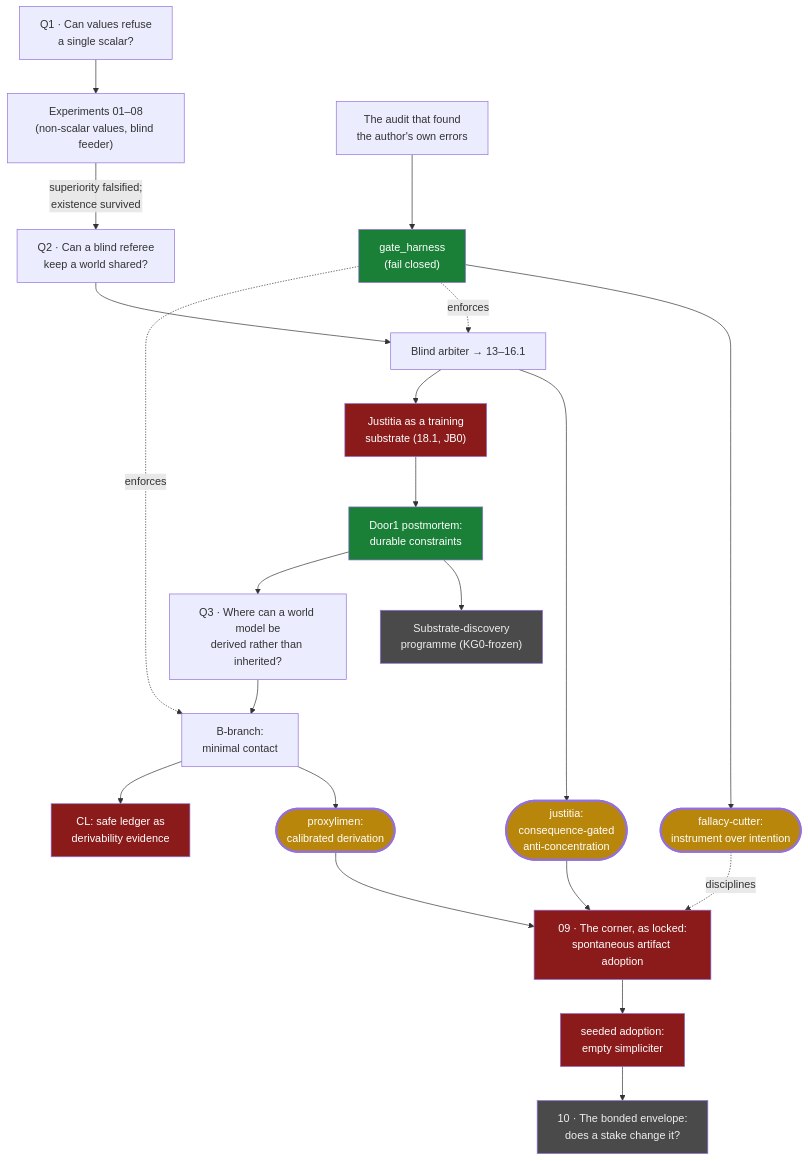
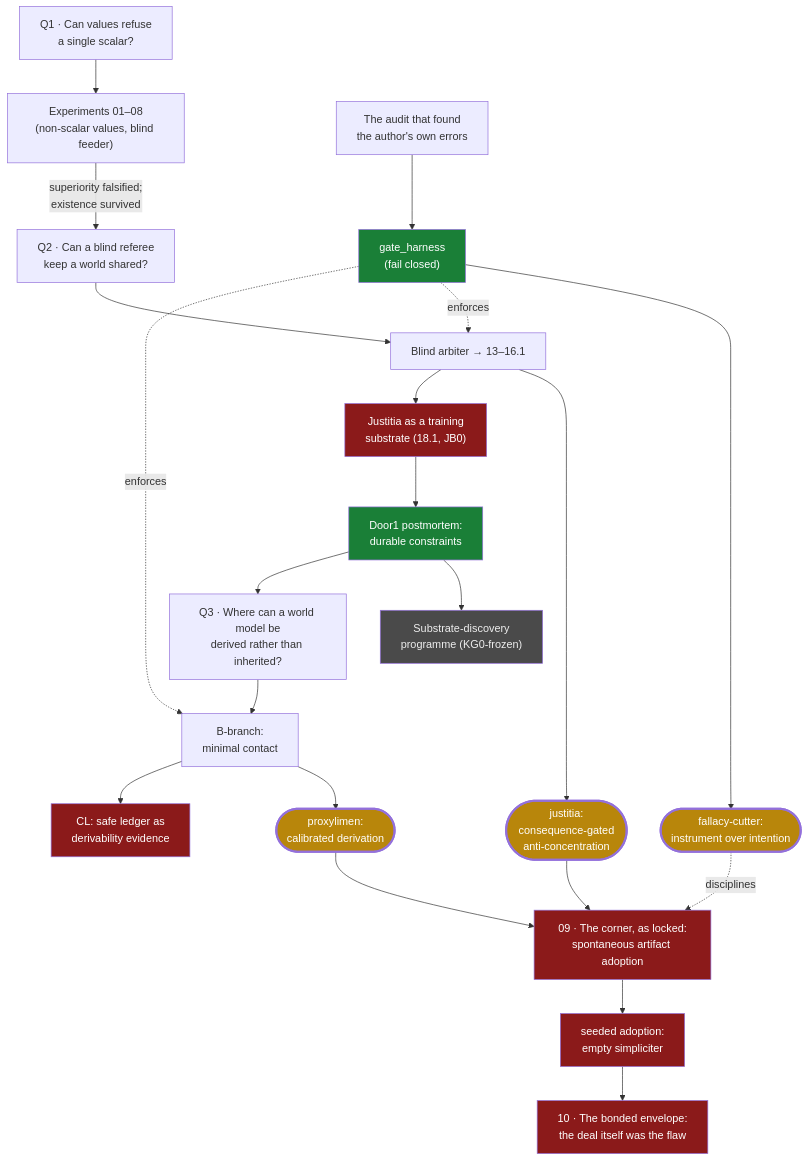
Before and after one commit to Kirill-Kruglov/ascesis: the diagram in README.md, drawn with Mermaid. The commit also changed other lines of this file and 1 other file, not shown here.

Commit message:
Line 10 turns red: the deal itself was the flaw
Third death of the envelope family, and the most instructive. Price alone
does not separate (the pure-tax arm was worst); contingent confiscation - the
only substantive branch - did not heal; the concentration guard fired
structurally, not plutocratically; and retention at a real price revealed the
diagnosis: individually rational, systemically corrosive. Every envelope wave
rewarded legibility with the same coin, a softened sword - exactly the coin the
illegible wanted. Standing interpretation, still not a verdict: legibility is a
constitution, not a channel; and if it is ever bought, it must buy something
other than weaker governance.

````diff
--- a/README.md
+++ b/README.md
@@ -22,28 +22,28 @@
 ```mermaid
 flowchart TD
     classDef verified fill:#1a7f37,color:#fff
     classDef falsified fill:#8b1a1a,color:#fff
     classDef open fill:#4a4a4a,color:#eee
     classDef concl fill:#b8860b,color:#fff,stroke-width:3px
 
     Q1["Q1 · Can values refuse<br/>a single scalar?"] --> E["Experiments 01–08<br/>(non-scalar values, blind feeder)"]
     E -->|"superiority falsified;<br/>existence survived"| Q2["Q2 · Can a blind referee<br/>keep a world shared?"]
     Q2 --> J["Blind arbiter → 13–16.1"]
     J --> JC(["justitia:<br/>consequence-gated<br/>anti-concentration"]):::concl
     J --> S["Justitia as a training<br/>substrate (18.1, JB0)"]:::falsified
     S --> D1["Door1 postmortem:<br/>durable constraints"]:::verified
     D1 --> SD["Substrate-discovery<br/>programme (KG0-frozen)"]:::open
     D1 --> Q3["Q3 · Where can a world model be<br/>derived rather than inherited?"]
     Q3 --> B["B-branch:<br/>minimal contact"]
     B --> PC(["proxylimen:<br/>calibrated derivation"]):::concl
     B --> CL["CL: safe ledger as<br/>derivability evidence"]:::falsified
     A["The audit that found<br/>the author's own errors"] --> G["gate_harness<br/>(fail closed)"]:::verified
     G --> FC(["fallacy-cutter:<br/>instrument over intention"]):::concl
     G -. enforces .-> J
     G -. enforces .-> B
     PC --> X["09 · The corner, as locked:<br/>spontaneous artifact adoption"]:::falsified
     JC --> X
     FC -. disciplines .-> X
     X --> X2["seeded adoption:<br/>empty simpliciter"]:::falsified
-    X2 --> Y["10 · The bonded envelope:<br/>does a stake change it?"]:::open
+    X2 --> Y["10 · The bonded envelope:<br/>the deal itself was the flaw"]:::falsified
 ```
````
